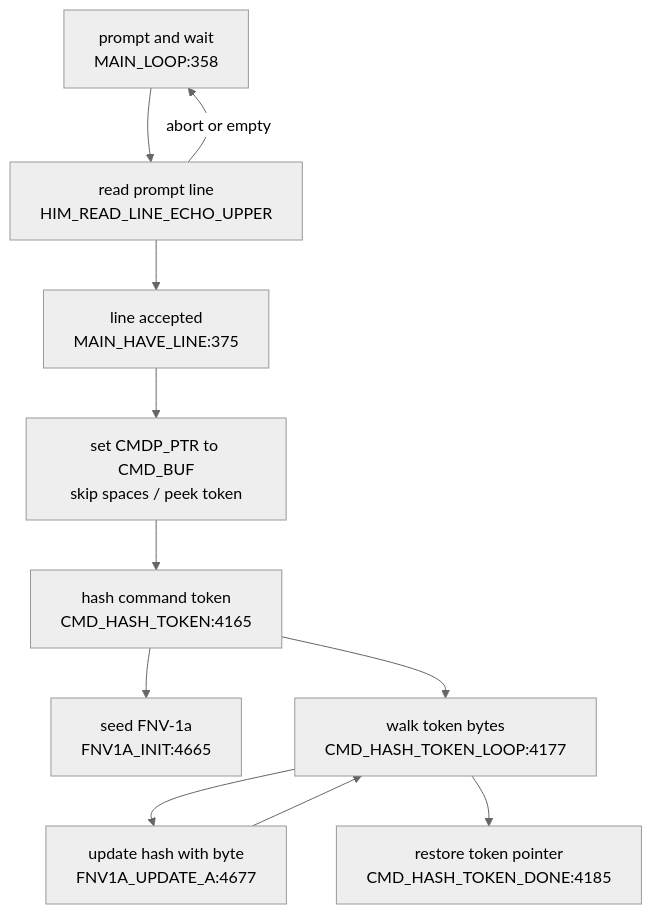
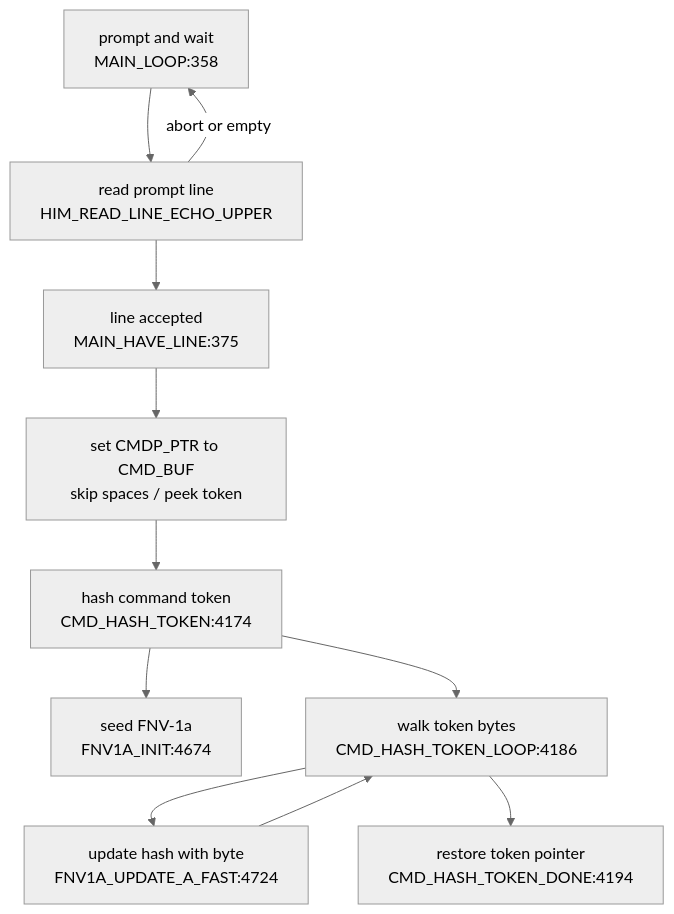
The second of 4 diagrams in DOC/GENERATED/CMD_FLOW_MAP.md (95westus/R-YORS), drawn with Mermaid (neutral theme) before and after one commit. The commit also changed other lines of this file and 85 other files, not shown here.

````diff
--- a/DOC/GENERATED/CMD_FLOW_MAP.md
+++ b/DOC/GENERATED/CMD_FLOW_MAP.md
@@ -24,13 +24,13 @@
 ```mermaid
 flowchart TD
     LOOP["prompt and wait<br/>MAIN_LOOP:358"] --> READ["read prompt line<br/>HIM_READ_LINE_ECHO_UPPER"]
     READ --> HAVE["line accepted<br/>MAIN_HAVE_LINE:375"]
     READ -->|abort or empty| LOOP
     HAVE --> PREP["set CMDP_PTR to CMD_BUF<br/>skip spaces / peek token"]
-    PREP --> HASH["hash command token<br/>CMD_HASH_TOKEN:4165"]
-    HASH --> FNVINIT["seed FNV-1a<br/>FNV1A_INIT:4665"]
-    HASH --> HASHLOOP["walk token bytes<br/>CMD_HASH_TOKEN_LOOP:4177"]
-    HASHLOOP --> UPDATE["update hash with byte<br/>FNV1A_UPDATE_A:4677"]
+    PREP --> HASH["hash command token<br/>CMD_HASH_TOKEN:4174"]
+    HASH --> FNVINIT["seed FNV-1a<br/>FNV1A_INIT:4674"]
+    HASH --> HASHLOOP["walk token bytes<br/>CMD_HASH_TOKEN_LOOP:4186"]
+    HASHLOOP --> UPDATE["update hash with byte<br/>FNV1A_UPDATE_A_FAST:4724"]
     UPDATE --> HASHLOOP
-    HASHLOOP --> DONE["restore token pointer<br/>CMD_HASH_TOKEN_DONE:4185"]
+    HASHLOOP --> DONE["restore token pointer<br/>CMD_HASH_TOKEN_DONE:4194"]
 ```
````
